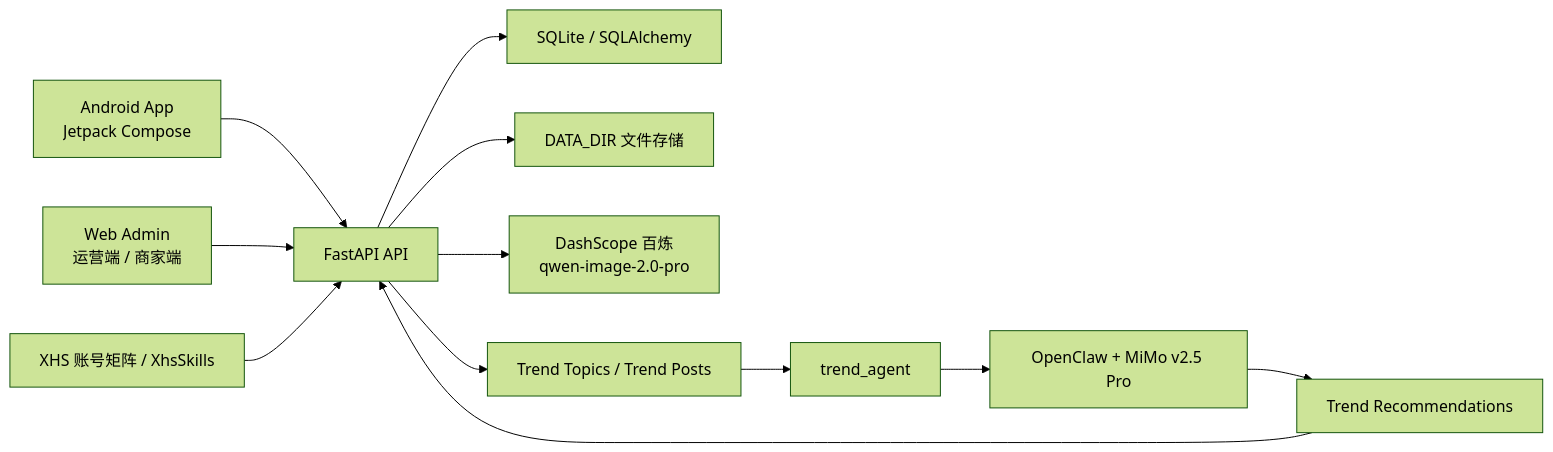
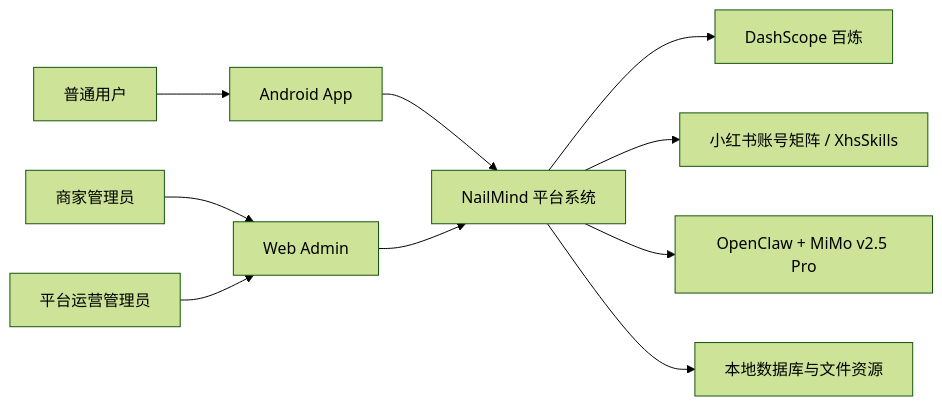
The first of 7 diagrams in docs/project-solution-design.md (kovk/Nailmind-Nail-try-on), drawn with Mermaid (forest theme) before and after one commit. The commit also changed other lines of this file, not shown here.

Commit message:
docs: improve architecture diagrams

````diff
--- a/docs/project-solution-design.md
+++ b/docs/project-solution-design.md
@@ -47,16 +53,14 @@
 ```mermaid
 flowchart LR
-    A["Android App<br/>Jetpack Compose"] --> B["FastAPI API"]
-    C["Web Admin<br/>运营端 / 商家端"] --> B
+    U["普通用户"] --> APP["Android App"]
+    M["商家管理员"] --> WEB["Web Admin"]
+    O["平台运营管理员"] --> WEB
 
-    B --> D["SQLite / SQLAlchemy"]
-    B --> E["DATA_DIR 文件存储"]
-    B --> F["DashScope 百炼<br/>qwen-image-2.0-pro"]
+    APP --> SYS["NailMind 平台系统"]
+    WEB --> SYS
 
-    G["XHS 账号矩阵 / XhsSkills"] --> B
-    B --> H["Trend Topics / Trend Posts"]
-    H --> I["trend_agent"]
-    I --> J["OpenClaw + MiMo v2.5 Pro"]
-    J --> K["Trend Recommendations"]
-    K --> B
+    SYS --> DS["DashScope 百炼"]
+    SYS --> XHS["小红书账号矩阵 / XhsSkills"]
+    SYS --> OC["OpenClaw + MiMo v2.5 Pro"]
+    SYS --> DATA["本地数据库与文件资源"]
 ```
````
